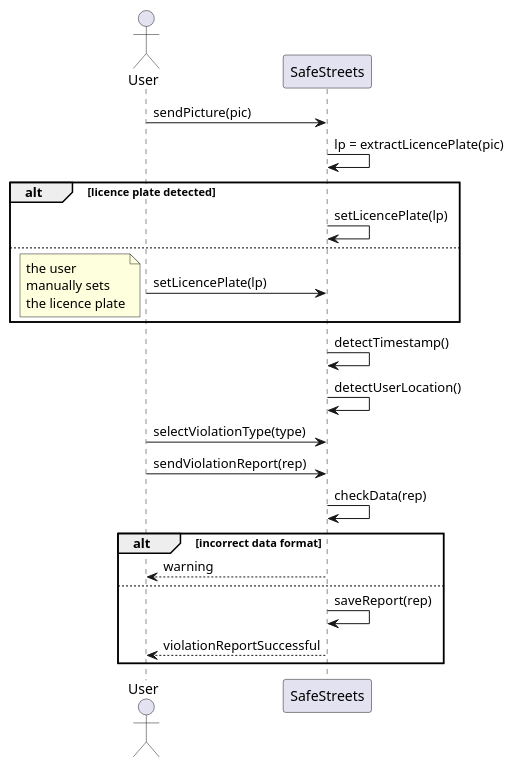
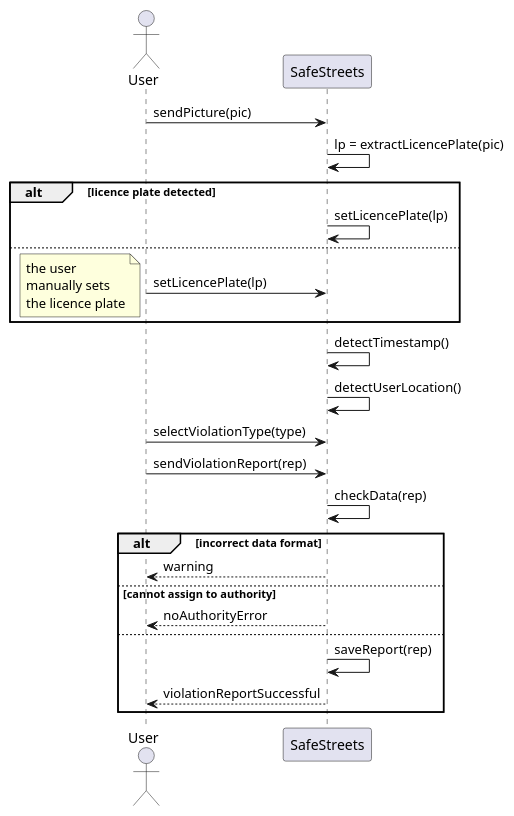
One commit to fuljo/FulginiDiCesare-SE2 changed the diagram in diagrams/rasd_sequence_diagram_uc_1_3.wsd. Above: the diagram before and after it, drawn with PlantUML. The commit also changed 5 other files, not shown here.

```diff
--- a/diagrams/rasd_sequence_diagram_uc_1_3.wsd
+++ b/diagrams/rasd_sequence_diagram_uc_1_3.wsd
@@ -1,37 +1,39 @@
 @startuml rasd_sequence_diagram_uc_1_3
 skinparam Shadowing false
 
 actor User as U
 participant SafeStreets as SS
 
 U -> SS : sendPicture(pic)
 SS -> SS : lp = extractLicencePlate(pic)
 
 alt licence plate detected
 SS -> SS : setLicencePlate(lp)
 else
 U -> SS : setLicencePlate(lp)
 note left
     the user
     manually sets
     the licence plate
 end note
 end
 
 SS -> SS : detectTimestamp()
 SS -> SS : detectUserLocation()
 
 U -> SS : selectViolationType(type)
 U -> SS : sendViolationReport(rep)
 
 SS -> SS : checkData(rep)
 
 alt incorrect data format
 SS --> U : warning
+else cannot assign to authority
+SS --> U : noAuthorityError
 else
 SS -> SS : saveReport(rep)
 SS --> U : violationReportSuccessful
 end
 
 
 @enduml
```
